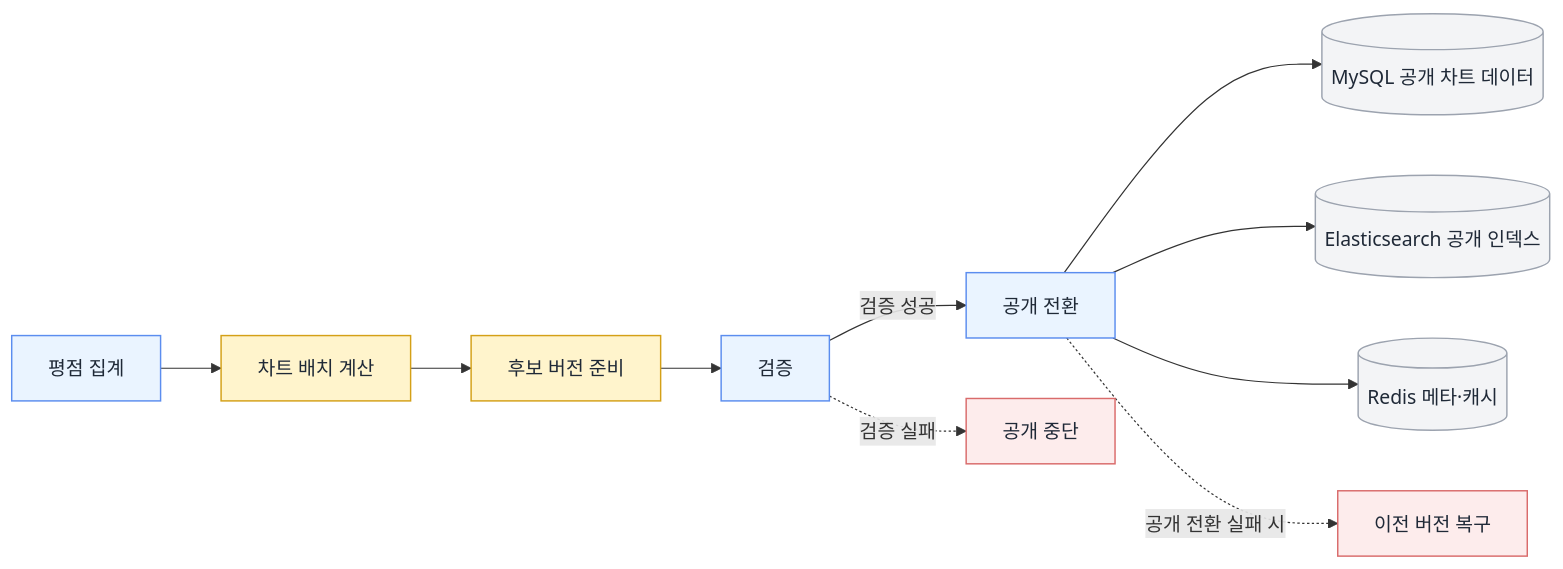
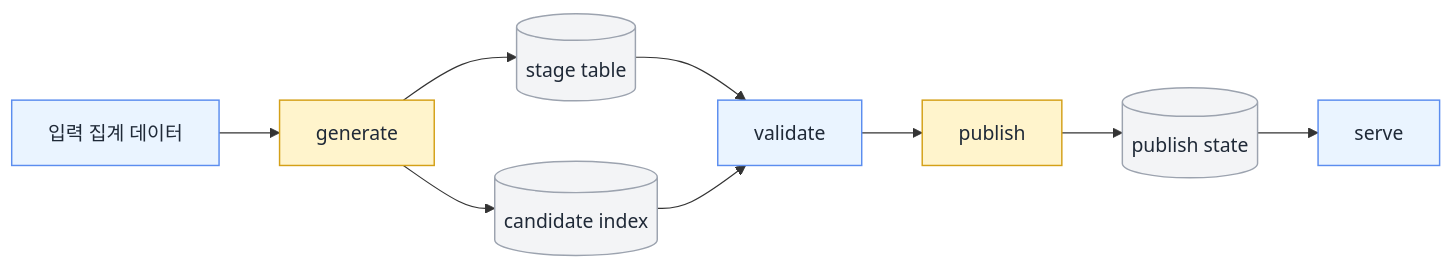
The second of 3 diagrams in README.md (joohyeongzz81/hipster), drawn with Mermaid before and after one commit. The commit also changed other lines of this file and 7 other files, not shown here.

````diff
--- a/README.md
+++ b/README.md
@@ -178,32 +284,28 @@
 ```mermaid
 flowchart LR
-    RS[평점 집계]
-    BATCH[차트 배치 계산]
-    CAND[후보 버전 준비]
-    CHECK[검증]
-    PUBLISH[공개 전환]
-    MYSQL[(MySQL 공개 차트 데이터)]
-    ES[(Elasticsearch 공개 인덱스)]
-    REDIS[(Redis 메타·캐시)]
-    STOP[공개 중단]
-    ROLLBACK[이전 버전 복구]
+    IN[입력 집계 데이터]
+    GEN[generate]
+    VAL[validate]
+    PUB[publish]
+    SERVE[serve]
+    STAGE[(stage table)]
+    CIDX[(candidate index)]
+    STATE[(publish state)]
 
-    RS --> BATCH --> CAND --> CHECK
-    CHECK -->|검증 성공| PUBLISH
-    CHECK -.->|검증 실패| STOP
-
-    PUBLISH --> MYSQL
-    PUBLISH --> ES
-    PUBLISH --> REDIS
-    PUBLISH -.->|공개 전환 실패 시| ROLLBACK
+    IN --> GEN
+    GEN --> STAGE
+    GEN --> CIDX
+    STAGE --> VAL
+    CIDX --> VAL
+    VAL --> PUB
+    PUB --> STATE
+    STATE --> SERVE
 
     classDef process fill:#eaf4ff,stroke:#5b8def,color:#1f2937,stroke-width:1.2px;
     classDef batch fill:#fff4cc,stroke:#d4a017,color:#1f2937,stroke-width:1.2px;
     classDef store fill:#f3f4f6,stroke:#9ca3af,color:#1f2937,stroke-width:1.2px;
-    classDef recovery fill:#fdecec,stroke:#d96b6b,color:#1f2937,stroke-width:1.2px;
 
-    class RS,CHECK,PUBLISH process;
-    class BATCH,CAND batch;
-    class MYSQL,ES,REDIS store;
-    class STOP,ROLLBACK recovery;
+    class IN,VAL,SERVE process;
+    class GEN,PUB batch;
+    class STAGE,CIDX,STATE store;
 ```
````
